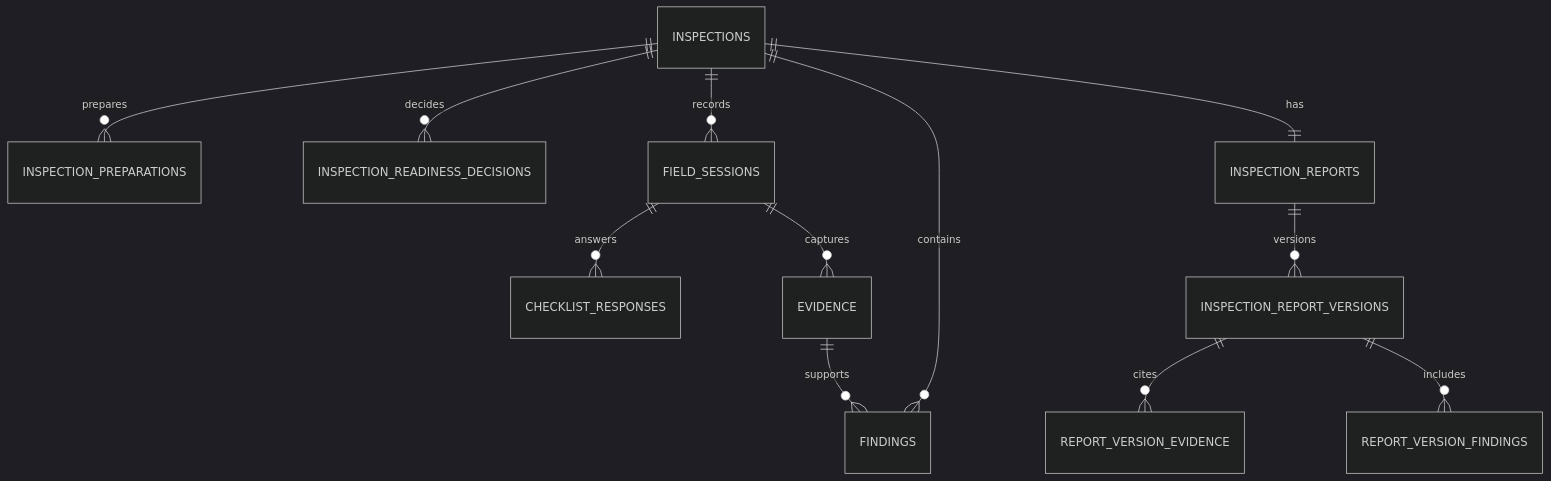
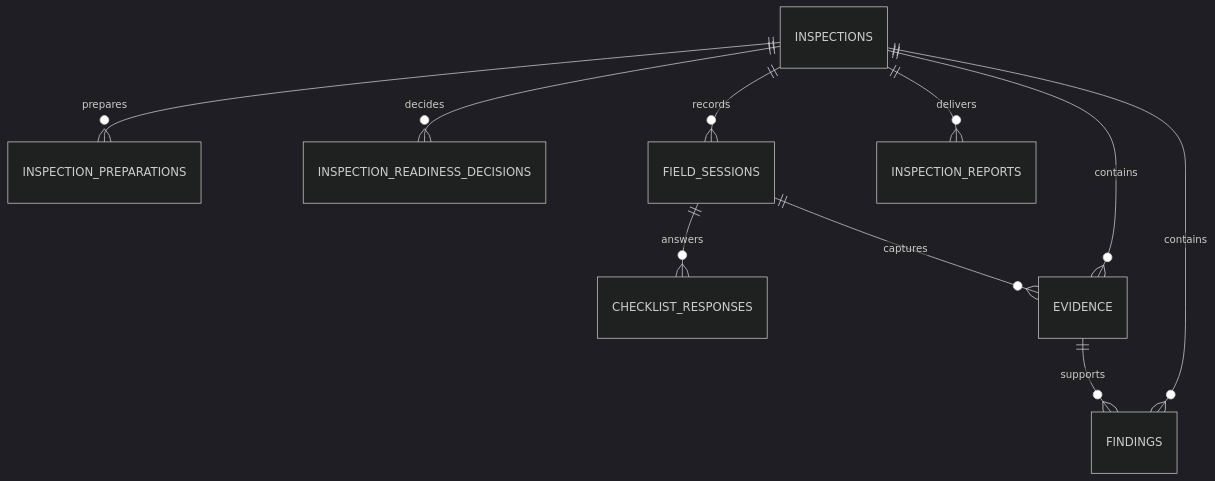
The second of 3 diagrams in project-reference/database-design.md (tungbach12/SmartDroneInspection-Docs), drawn with Mermaid (dark theme) before and after one commit. The commit also changed other lines of this file and 3 other files, not shown here.

First line of the commit message:
docs(database): update mf3 tables schema to 13-15-13 columns (#64)

````diff
--- a/project-reference/database-design.md
+++ b/project-reference/database-design.md
@@ -135,14 +132,12 @@
 ```mermaid
 erDiagram
     INSPECTIONS ||--o{ INSPECTION_PREPARATIONS : prepares
     INSPECTIONS ||--o{ INSPECTION_READINESS_DECISIONS : decides
     INSPECTIONS ||--o{ FIELD_SESSIONS : records
     FIELD_SESSIONS ||--o{ CHECKLIST_RESPONSES : answers
     FIELD_SESSIONS ||--o{ EVIDENCE : captures
+    INSPECTIONS ||--o{ EVIDENCE : contains
     EVIDENCE ||--o{ FINDINGS : supports
     INSPECTIONS ||--o{ FINDINGS : contains
-    INSPECTIONS ||--|| INSPECTION_REPORTS : has
-    INSPECTION_REPORTS ||--o{ INSPECTION_REPORT_VERSIONS : versions
-    INSPECTION_REPORT_VERSIONS ||--o{ REPORT_VERSION_EVIDENCE : cites
-    INSPECTION_REPORT_VERSIONS ||--o{ REPORT_VERSION_FINDINGS : includes
+    INSPECTIONS ||--o{ INSPECTION_REPORTS : delivers
 ```
````
